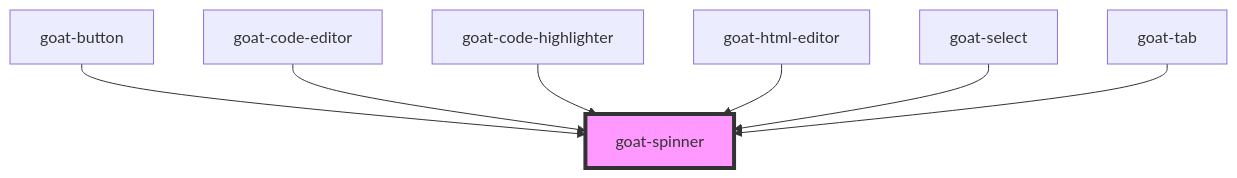
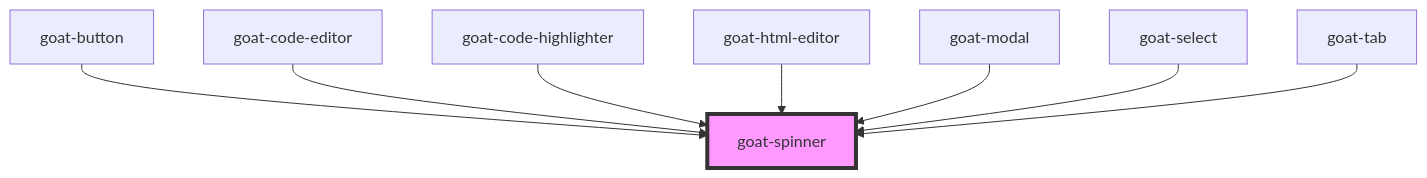
The diagram in src/components/spinner/readme.md (goatui/components), drawn with Mermaid before and after one commit. The commit also changed other lines of this file and 18 other files, not shown here.

````diff
--- a/src/components/spinner/readme.md
+++ b/src/components/spinner/readme.md
@@ -29,10 +30,11 @@
 ```mermaid
 graph TD;
   goat-button --> goat-spinner
   goat-code-editor --> goat-spinner
   goat-code-highlighter --> goat-spinner
   goat-html-editor --> goat-spinner
+  goat-modal --> goat-spinner
   goat-select --> goat-spinner
   goat-tab --> goat-spinner
   style goat-spinner fill:#f9f,stroke:#333,stroke-width:4px
 ```
````
